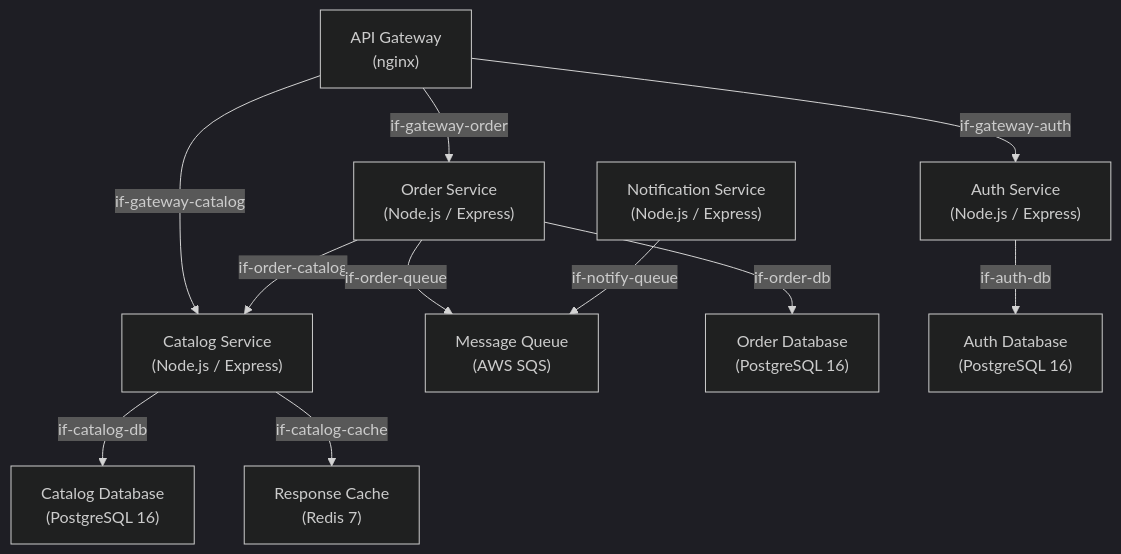
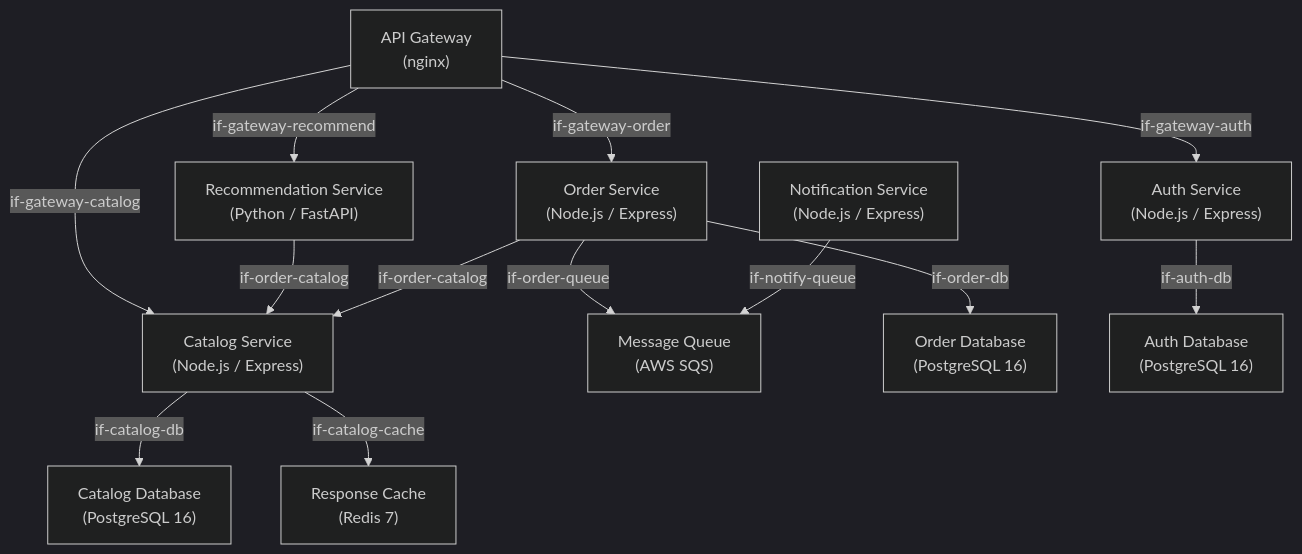
Before and after one commit to docToolchain/arc42-language: the diagram in examples/bookstore-backend/05-building-blocks.arc42.md, drawn with Mermaid (dark theme). The commit also changed other lines of this file and 1 other file, not shown here.

````diff
--- a/examples/bookstore-backend/05-building-blocks.arc42.md
+++ b/examples/bookstore-backend/05-building-blocks.arc42.md
@@ -13,24 +13,27 @@
 ```mermaid
 graph TD
     bb-api-gateway["API Gateway\n(nginx)"]
     bb-catalog-service["Catalog Service\n(Node.js / Express)"]
     bb-order-service["Order Service\n(Node.js / Express)"]
+    bb-recommendation-service["Recommendation Service\n(Python / FastAPI)"]
     bb-auth-service["Auth Service\n(Node.js / Express)"]
     bb-notification-service["Notification Service\n(Node.js / Express)"]
     bb-message-queue["Message Queue\n(AWS SQS)"]
     bb-catalog-db["Catalog Database\n(PostgreSQL 16)"]
     bb-order-db["Order Database\n(PostgreSQL 16)"]
     bb-auth-db["Auth Database\n(PostgreSQL 16)"]
     bb-cache["Response Cache\n(Redis 7)"]
 
     bb-api-gateway -->|"if-gateway-catalog"| bb-catalog-service
     bb-api-gateway -->|"if-gateway-order"| bb-order-service
     bb-api-gateway -->|"if-gateway-auth"| bb-auth-service
+    bb-api-gateway -->|"if-gateway-recommend"| bb-recommendation-service
+    bb-recommendation-service -->|"if-order-catalog"| bb-catalog-service
     bb-catalog-service -->|"if-catalog-db"| bb-catalog-db
     bb-catalog-service -->|"if-catalog-cache"| bb-cache
     bb-order-service -->|"if-order-db"| bb-order-db
     bb-order-service -->|"if-order-catalog"| bb-catalog-service
     bb-order-service -->|"if-order-queue"| bb-message-queue
     bb-auth-service -->|"if-auth-db"| bb-auth-db
     bb-notification-service -->|"if-notify-queue"| bb-message-queue
 ```
````
